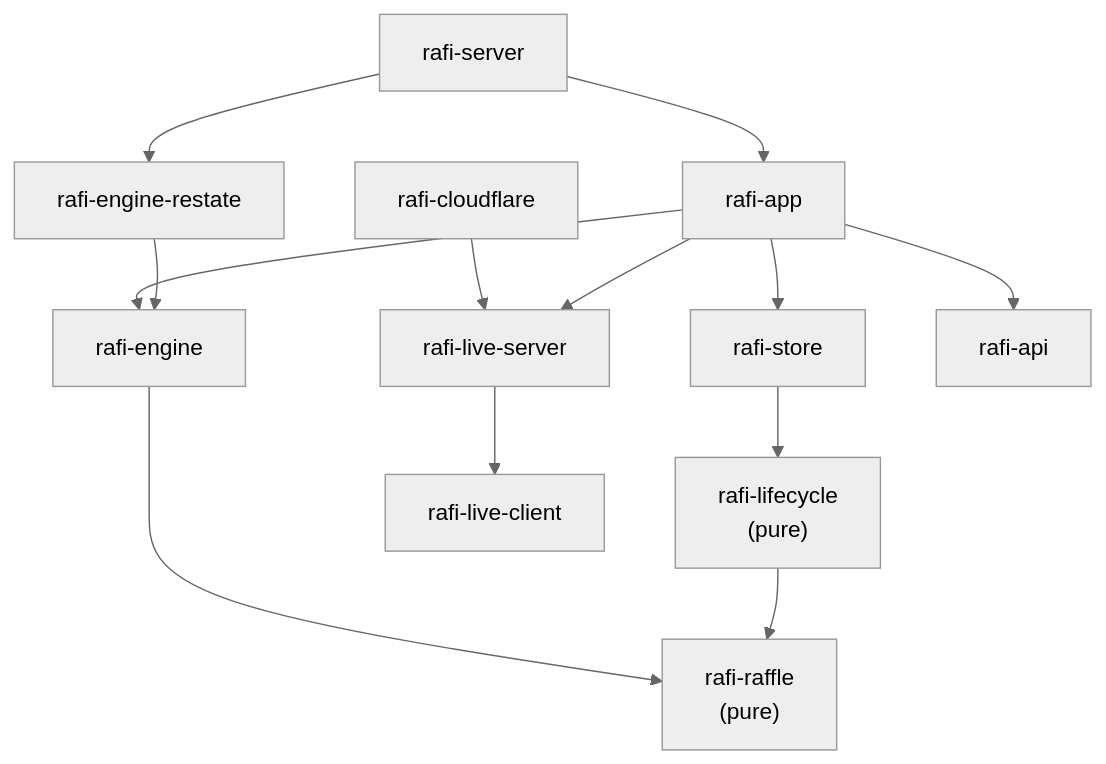
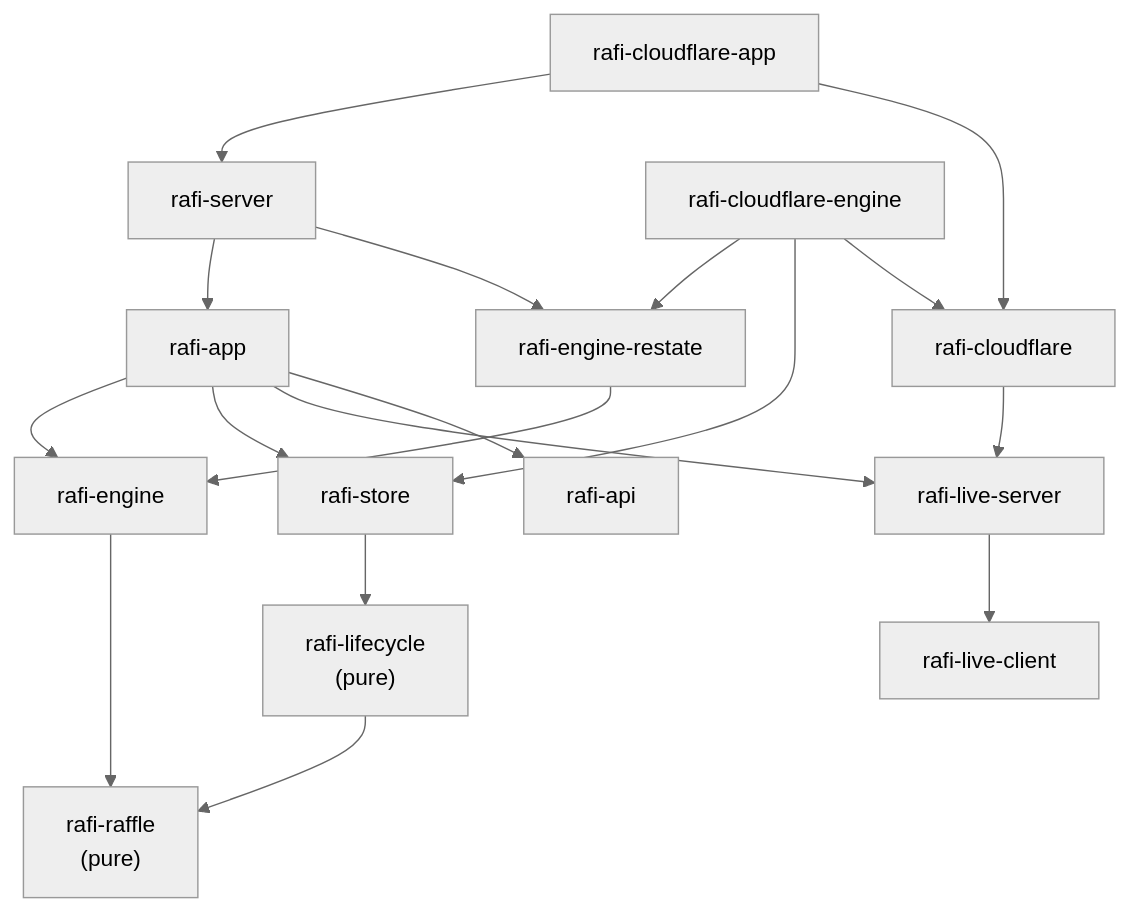
One commit to sagikazarmark/rafi.orig changed the diagram in docs/reference/crates.md. Above: the diagram before and after it, drawn with Mermaid (neutral theme). The commit also changed other lines of this file and 38 other files, not shown here.

````diff
--- a/docs/reference/crates.md
+++ b/docs/reference/crates.md
@@ -5,27 +5,34 @@
 ```mermaid
 flowchart TD
     raffle["rafi-raffle<br/>(pure)"]
     lifecycle["rafi-lifecycle<br/>(pure)"]
     engine["rafi-engine"]
     erestate["rafi-engine-restate"]
     store["rafi-store"]
     lclient["rafi-live-client"]
     lserver["rafi-live-server"]
     api["rafi-api"]
     app["rafi-app"]
     server["rafi-server"]
     cf["rafi-cloudflare"]
+    cfapp["rafi-cloudflare-app"]
+    cfengine["rafi-cloudflare-engine"]
 
     lifecycle --> raffle
     engine --> raffle
     erestate --> engine
     store --> lifecycle
     lserver --> lclient
     app --> engine
     app --> store
     app --> lserver
     app --> api
     server --> app
     server --> erestate
     cf --> lserver
+    cfapp --> server
+    cfapp --> cf
+    cfengine --> erestate
+    cfengine --> store
+    cfengine --> cf
 ```
````
